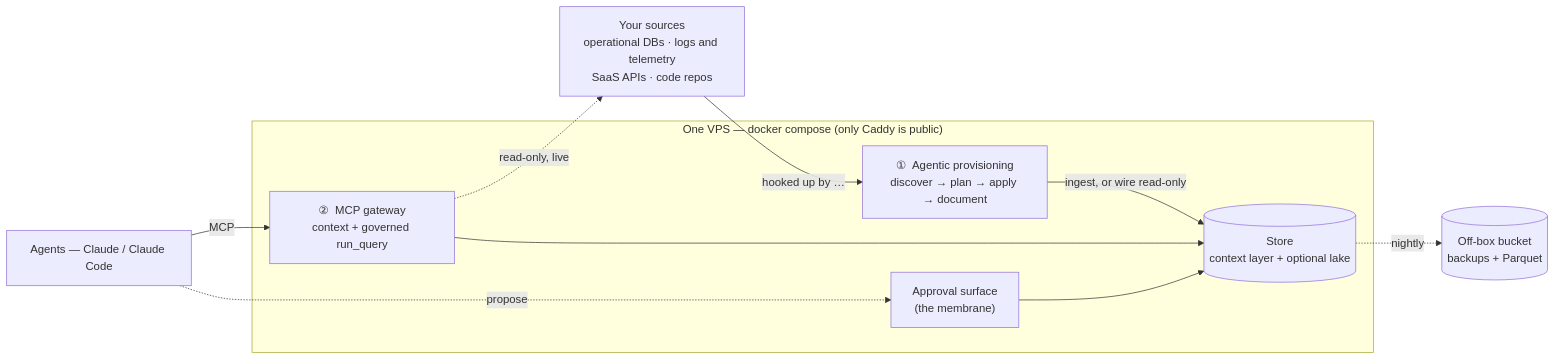
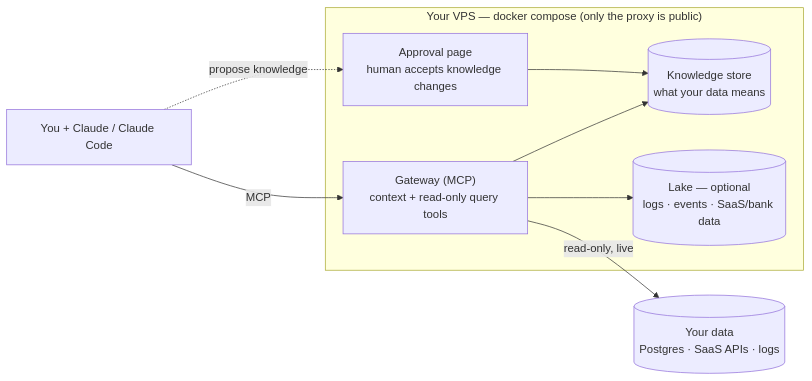
Before and after one commit to Hedgy-Labs/setoku: the diagram in README.md, drawn with Mermaid. The commit also changed other lines of this file and 1 other file, not shown here.

First line of the commit message:
README: rewrite plain and short (what / why / deploy / architecture)

````diff
--- a/README.md
+++ b/README.md
@@ -127,23 +50,20 @@
 ```mermaid
 flowchart LR
-    SRC["Your sources<br/>operational DBs · logs and telemetry<br/>SaaS APIs · code repos"]
+    A["You + Claude / Claude Code"]
 
-    subgraph box["One VPS — docker compose (only Caddy is public)"]
-        FDE["①  Agentic provisioning<br/>discover → plan → apply → document"]
-        STORE[("Store<br/>context layer + optional lake")]
-        GW["②  MCP gateway<br/>context + governed run_query"]
-        MEM["Approval surface<br/>(the membrane)"]
+    subgraph box["Your VPS — docker compose (only the proxy is public)"]
+        GW["Gateway (MCP)<br/>context + read-only query tools"]
+        K[("Knowledge store<br/>what your data means")]
+        LAKE[("Lake — optional<br/>logs · events · SaaS/bank data")]
+        ADMIN["Approval page<br/>human accepts knowledge changes"]
     end
 
-    AG["Agents — Claude / Claude Code"]
-    S3[("Off-box bucket<br/>backups + Parquet")]
+    DATA[("Your data<br/>Postgres · SaaS APIs · logs")]
 
-    SRC -- "hooked up by …" --> FDE
-    FDE -- "ingest, or wire read-only" --> STORE
-    GW --> STORE
-    GW -. "read-only, live" .-> SRC
-    AG -- "MCP" --> GW
-    AG -. "propose" .-> MEM
-    MEM --> STORE
-    STORE -. "nightly" .-> S3
+    A -- "MCP" --> GW
+    GW --> K
+    GW -- "read-only, live" --> DATA
+    GW --> LAKE
+    A -. "propose knowledge" .-> ADMIN
+    ADMIN --> K
 ```
````
